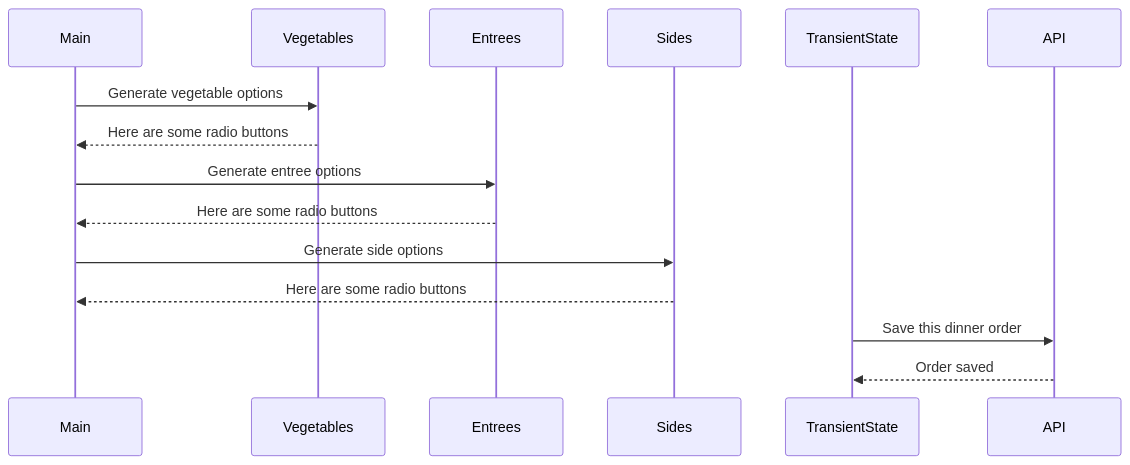
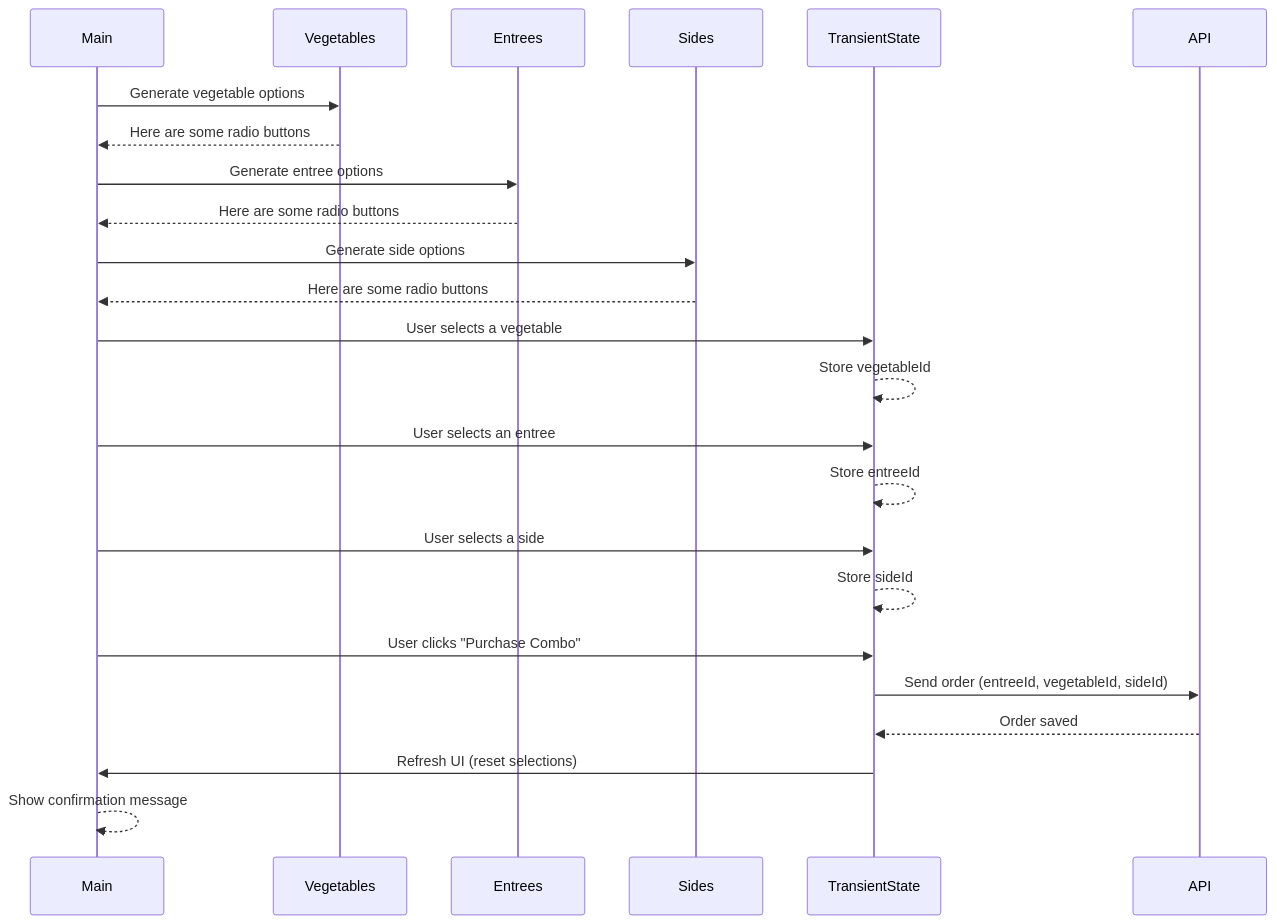
One commit to NSS-Day-Cohort-76/House-of-Hummus-BrandonHickman changed the diagram in images/.md. Above: the diagram before and after it, drawn with Mermaid. The commit also changed 5 other files, not shown here.

````diff
--- a/images/.md
+++ b/images/.md
@@ -1,17 +1,27 @@
 ```mermaid
 sequenceDiagram
     participant Main
     participant Vegetables
     participant Entrees
     participant Sides
     participant TransientState
+    participant API
+    
     Main->>Vegetables: Generate vegetable options
     Vegetables-->>Main: Here are some radio buttons
     Main->>Entrees: Generate entree options
     Entrees-->>Main: Here are some radio buttons
     Main->>Sides: Generate side options
     Sides-->>Main: Here are some radio buttons
-    TransientState->>API: Save this dinner order
+    Main->>TransientState: User selects a vegetable
+    TransientState-->>TransientState: Store vegetableId
+    Main->>TransientState: User selects an entree
+    TransientState-->>TransientState: Store entreeId
+    Main->>TransientState: User selects a side
+    TransientState-->>TransientState: Store sideId
+    Main->>TransientState: User clicks "Purchase Combo"
+    TransientState->>API: Send order (entreeId, vegetableId, sideId)
     API-->>TransientState: Order saved
-    participant API
+    TransientState->>Main: Refresh UI (reset selections)
+    Main-->>Main: Show confirmation message
 ```
````
